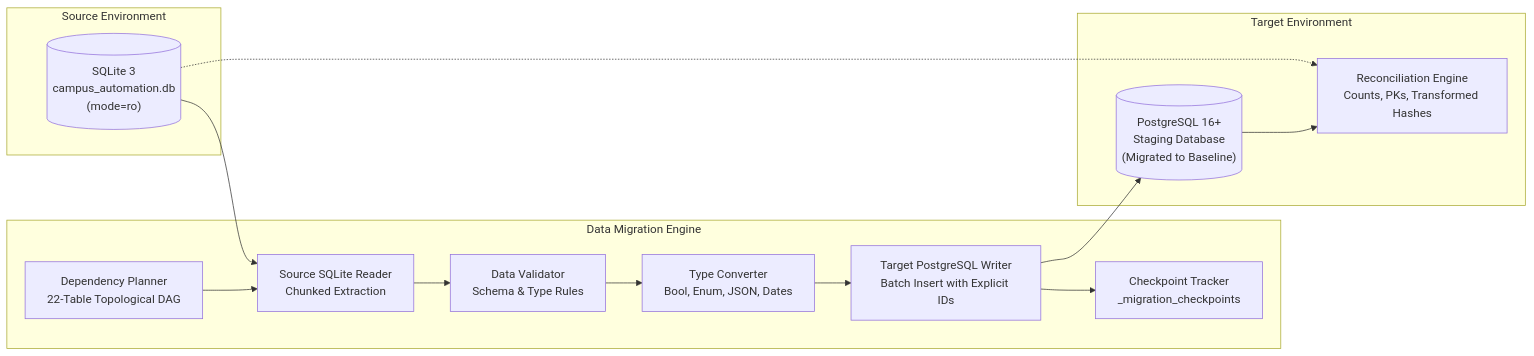
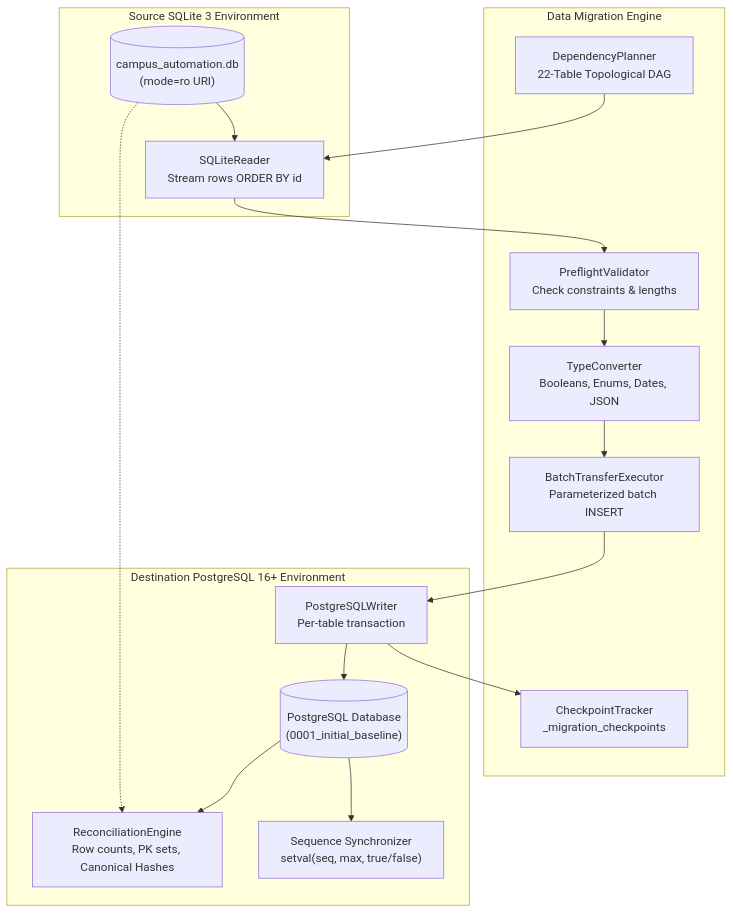
The diagram in docs/database/PHASE_19F_1_DATA_MIGRATION_ARCHITECTURE_AUDIT.md (sanidhyasharma508-afk/SP0511---MAJOR-PROJECT-), drawn with Mermaid before and after one commit. The commit also changed other lines of this file, not shown here.

Commit message:
docs(database): complete Phase 19F.1-F cross-dialect data audit and sequence design

````diff
--- a/docs/database/PHASE_19F_1_DATA_MIGRATION_ARCHITECTURE_AUDIT.md
+++ b/docs/database/PHASE_19F_1_DATA_MIGRATION_ARCHITECTURE_AUDIT.md
@@ -225,30 +204,34 @@
 ```mermaid
-flowchart LR
-    subgraph Source Environment
-        SQLiteDB[("SQLite 3<br/>campus_automation.db<br/>(mode=ro)")]
+flowchart TD
+    subgraph Source SQLite 3 Environment
+        SQLiteFile[("campus_automation.db<br/>(mode=ro URI)")]
+        Reader["SQLiteReader<br/>Stream rows ORDER BY id"]
     end
 
     subgraph Data Migration Engine
-        Reader[Source SQLite Reader<br/>Chunked Extraction]
-        Validator[Data Validator<br/>Schema & Type Rules]
-        Transformer[Type Converter<br/>Bool, Enum, JSON, Dates]
-        Planner[Dependency Planner<br/>22-Table Topological DAG]
-        Checkpoint[Checkpoint Tracker<br/>_migration_checkpoints]
-        Writer[Target PostgreSQL Writer<br/>Batch Insert with Explicit IDs]
+        Planner["DependencyPlanner<br/>22-Table Topological DAG"]
+        Validator["PreflightValidator<br/>Check constraints & lengths"]
+        Transformer["TypeConverter<br/>Booleans, Enums, Dates, JSON"]
+        BatchExecutor["BatchTransferExecutor<br/>Parameterized batch INSERT"]
+        Checkpoint["CheckpointTracker<br/>_migration_checkpoints"]
     end
 
-    subgraph Target Environment
-        PGDB[("PostgreSQL 16+<br/>Staging Database<br/>(Migrated to Baseline)")]
-        Reconciler[Reconciliation Engine<br/>Counts, PKs, Transformed Hashes]
+    subgraph Destination PostgreSQL 16+ Environment
+        Writer["PostgreSQLWriter<br/>Per-table transaction"]
+        PGDatabase[("PostgreSQL Database<br/>(0001_initial_baseline)")]
+        SeqSync["Sequence Synchronizer<br/>setval(seq, max, true/false)"]
+        Reconciler["ReconciliationEngine<br/>Row counts, PK sets, Canonical Hashes"]
     end
 
-    SQLiteDB --> Reader
+    SQLiteFile --> Reader
     Planner --> Reader
     Reader --> Validator
     Validator --> Transformer
-    Transformer --> Writer
+    Transformer --> BatchExecutor
+    BatchExecutor --> Writer
     Writer --> Checkpoint
-    Writer --> PGDB
-    PGDB --> Reconciler
-    SQLiteDB -.-> Reconciler
+    Writer --> PGDatabase
+    PGDatabase --> SeqSync
+    PGDatabase --> Reconciler
+    SQLiteFile -.-> Reconciler
 ```
````
